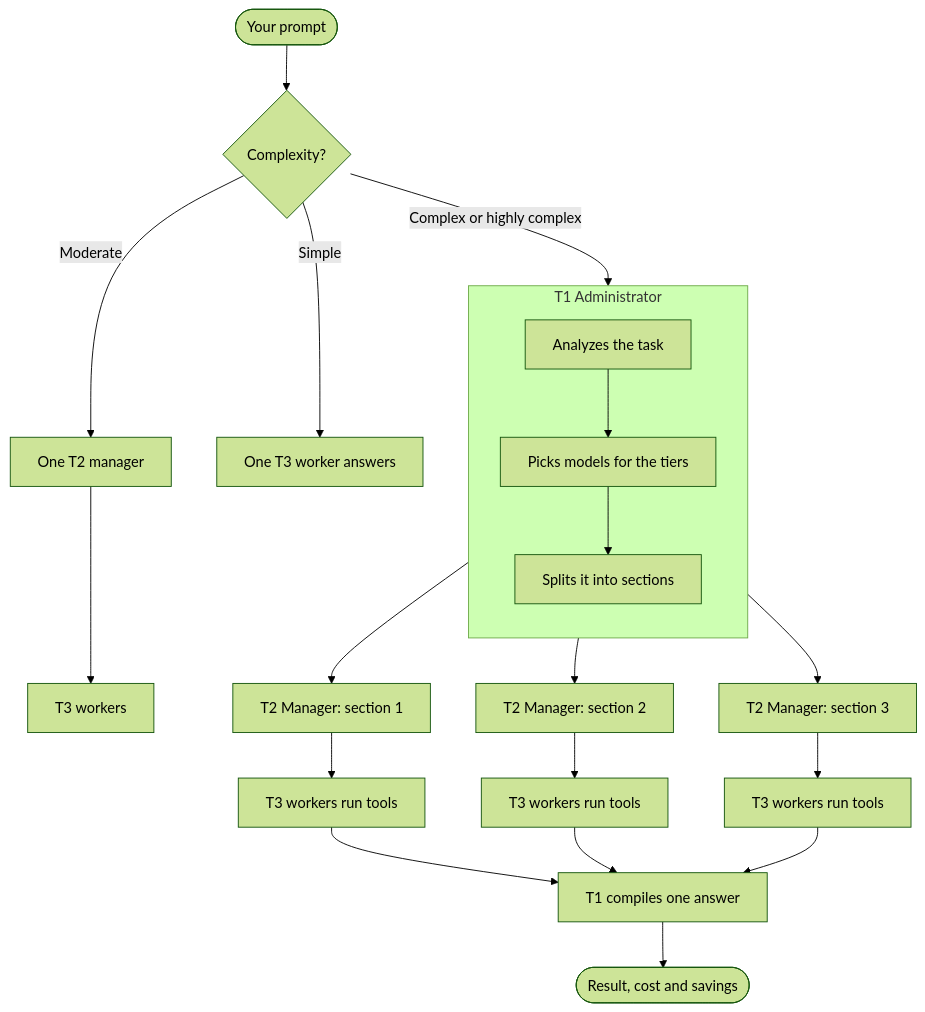
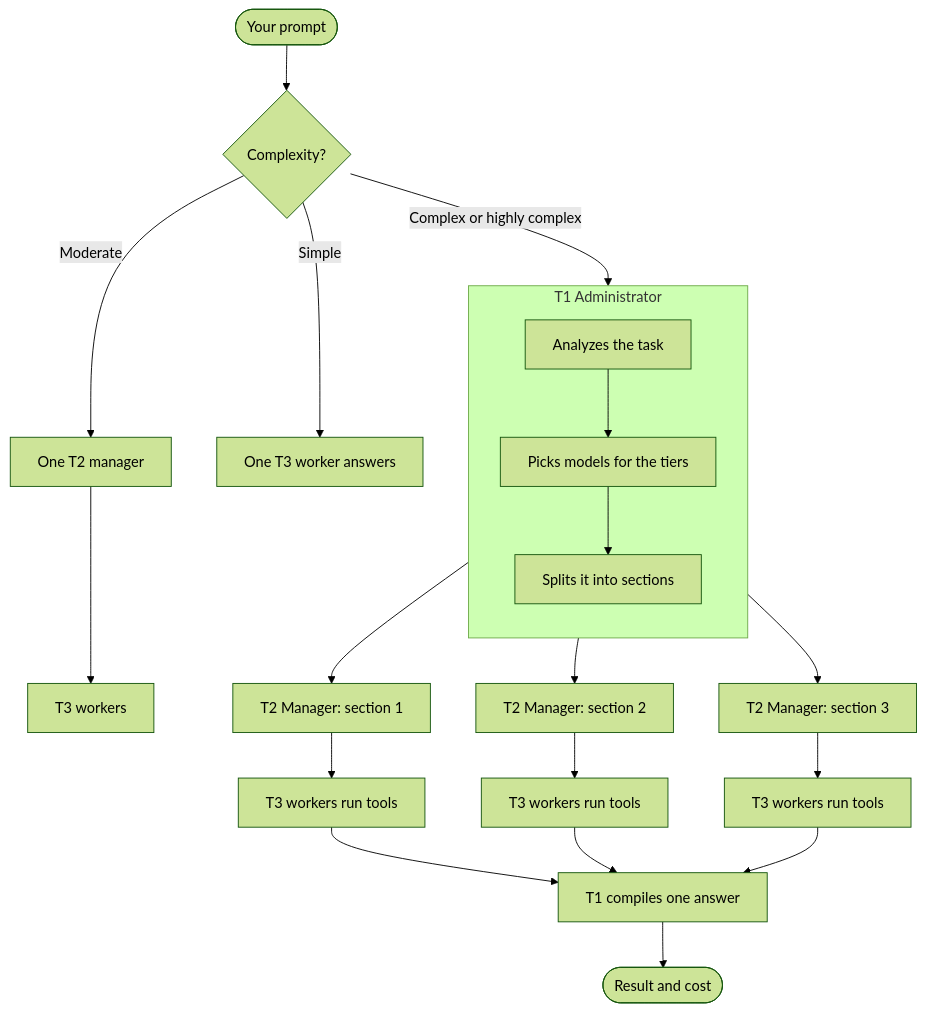
One commit to Varun-SV/Cascade-AI changed the diagram in README.md. Above: the diagram before and after it, drawn with Mermaid (forest theme). The commit also changed other lines of this file and 4 other files, not shown here.

````diff
--- a/README.md
+++ b/README.md
@@ -96,21 +99,21 @@
 ```mermaid
 flowchart TD
     U([Your prompt]) --> C{Complexity?}
     C -->|Simple| W0[One T3 worker answers]
     C -->|Moderate| M0[One T2 manager] --> W1[T3 workers]
     C -->|Complex or highly complex| T1
     subgraph T1["T1 Administrator"]
       direction TB
       A1[Analyzes the task] --> A2[Picks models for the tiers] --> A3[Splits it into sections]
     end
     A3 --> M1[T2 Manager: section 1]
     A3 --> M2[T2 Manager: section 2]
     A3 --> M3[T2 Manager: section 3]
     M1 --> X1[T3 workers run tools]
     M2 --> X2[T3 workers run tools]
     M3 --> X3[T3 workers run tools]
     X1 --> R[T1 compiles one answer]
     X2 --> R
     X3 --> R
-    R --> U2([Result, cost and savings])
+    R --> U2([Result and cost])
 ```
````
